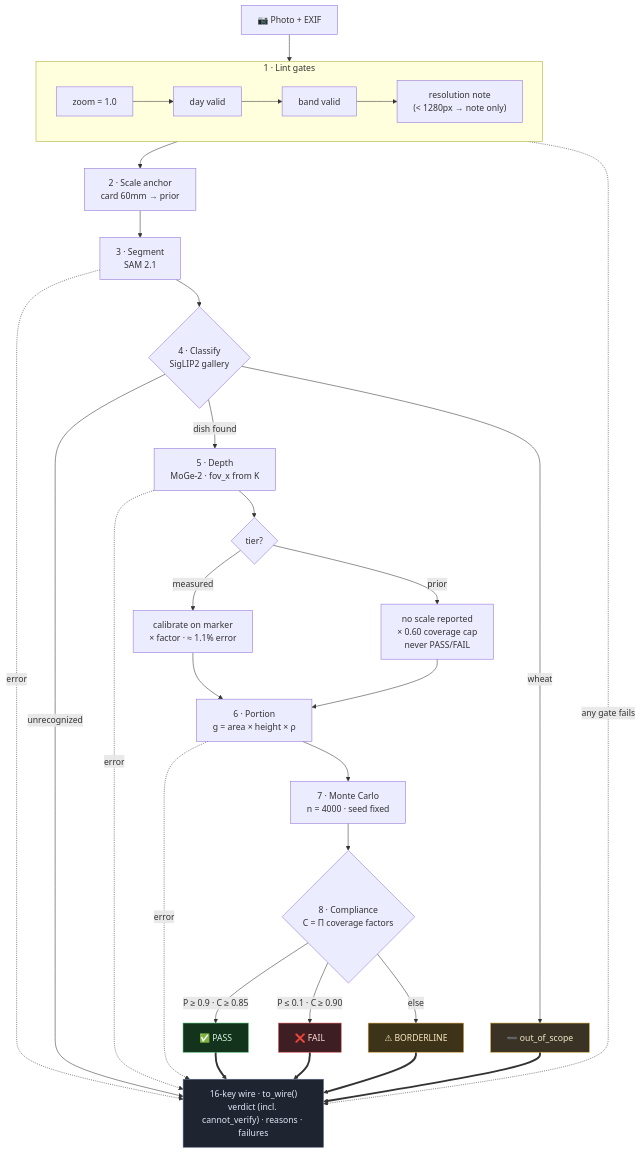
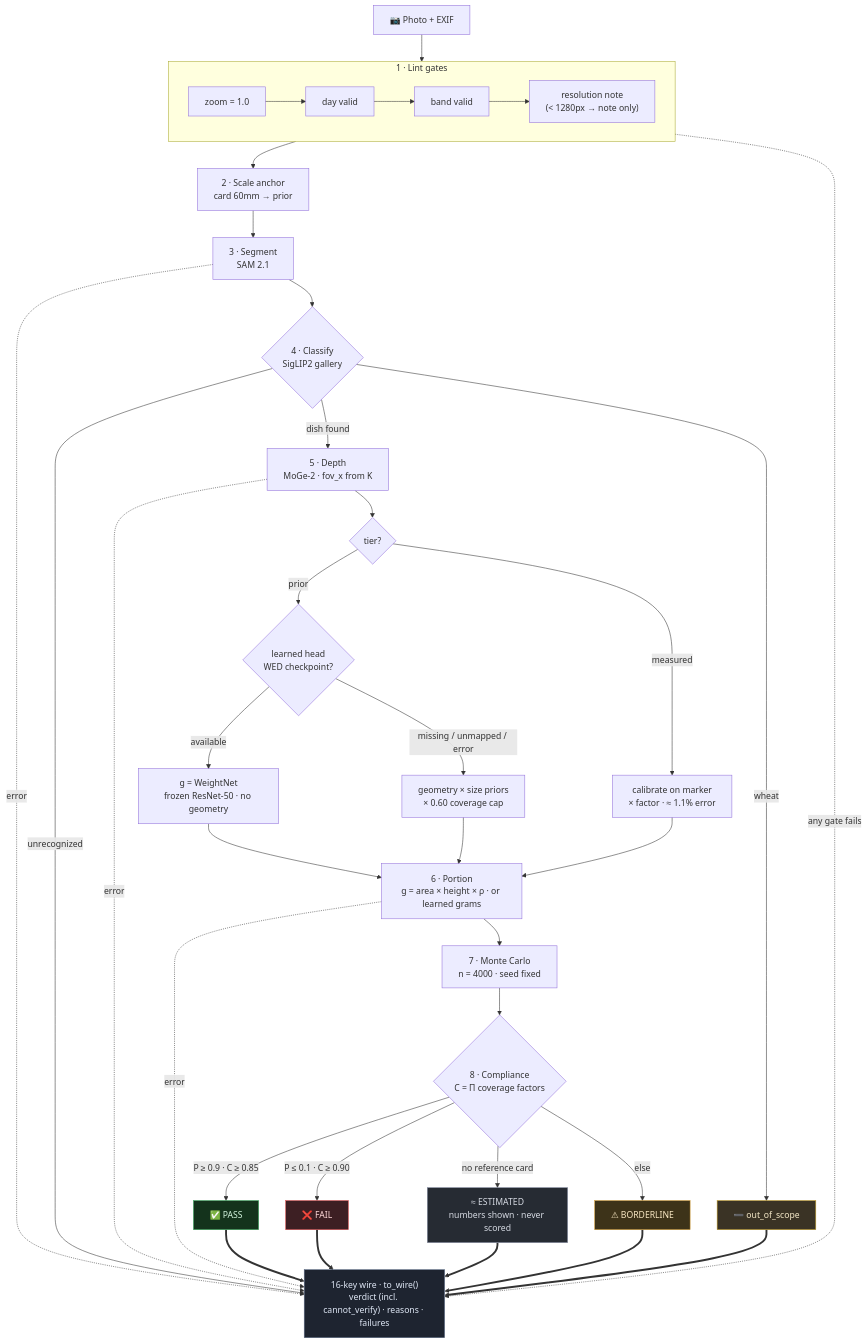
The diagram in README.md (Lion4467cat/NutriSense), drawn with Mermaid before and after one commit. The commit also changed other lines of this file and 36 other files, not shown here.

Commit message:
Learned weight fallback for the prior tier: WED-trained head (19.32g test MAE vs 1464g geometry baseline) and the ESTIMATED verdict cap (ADR 0002)

````diff
--- a/README.md
+++ b/README.md
@@ -36,50 +36,57 @@
 ```mermaid
 flowchart TD
     IMG["📷 Photo + EXIF"] --> L1
 
     subgraph LINT["1 · Lint gates"]
         direction LR
         L1["zoom = 1.0"] --> L2["day valid"] --> L3["band valid"] --> L4["resolution note<br/>(< 1280px → note only)"]
     end
 
     LINT -.->|"any gate fails"| WIRE
     L4 --> A["2 · Scale anchor<br/>card 60mm → prior"]
 
     A --> SEG["3 · Segment<br/>SAM 2.1"]
     SEG -.->|error| WIRE
     SEG --> CLS{"4 · Classify<br/>SigLIP2 gallery"}
 
     CLS -->|"unrecognized"| WIRE
     CLS -->|wheat| OOS["➖ out_of_scope"]
     CLS -->|"dish found"| DEPTH["5 · Depth<br/>MoGe-2 · fov_x from K"]
 
     DEPTH -.->|error| WIRE
     DEPTH --> TIER{"tier?"}
     TIER -->|measured| CAL["calibrate on marker<br/>× factor · ≈ 1.1% error"]
-    TIER -->|prior| NOCAL["no scale reported<br/>× 0.60 coverage cap<br/>never PASS/FAIL"]
-    CAL --> PORT["6 · Portion<br/>g = area × height × ρ"]
+    TIER -->|prior| HEAD{"learned head<br/>WED checkpoint?"}
+    HEAD -->|available| LEARN["g = WeightNet<br/>frozen ResNet-50 · no geometry"]
+    HEAD -->|missing / unmapped / error| NOCAL["geometry × size priors<br/>× 0.60 coverage cap"]
+    LEARN --> PORT
     NOCAL --> PORT
+    CAL --> PORT["6 · Portion<br/>g = area × height × ρ · or learned grams"]
     PORT -.->|error| WIRE
     PORT --> MC["7 · Monte Carlo<br/>n = 4000 · seed fixed"]
 
     MC --> VER{"8 · Compliance<br/>C = Π coverage factors"}
     VER -->|"P ≥ 0.9 · C ≥ 0.85"| PASS["✅ PASS"]
     VER -->|"P ≤ 0.1 · C ≥ 0.90"| FAIL["❌ FAIL"]
+    VER -->|no reference card| EST["≈ ESTIMATED<br/>numbers shown · never scored"]
     VER -->|else| BORD["⚠ BORDERLINE"]
 
     PASS ==> WIRE["16-key wire · to_wire()<br/>verdict (incl. cannot_verify) · reasons · failures"]
     FAIL ==> WIRE
+    EST ==> WIRE
     BORD ==> WIRE
     OOS ==> WIRE
 
     classDef err fill:#3d1f23,stroke:#e05252,color:#ffd9d9
     classDef oos fill:#3a3325,stroke:#c9a227,color:#f5e9c8
     classDef ok fill:#14331c,stroke:#3fae62,color:#d4f5df
     classDef warn fill:#3d3319,stroke:#d9a13a,color:#fae9c4
     classDef wire fill:#1e2430,stroke:#5b6b85,color:#dfe7f5
+    classDef neutral fill:#262b33,stroke:#8b93a7,color:#d7dbe4
     class OOS oos
     class PASS ok
     class FAIL err
     class BORD warn
+    class EST neutral
     class WIRE wire
 ```
````
